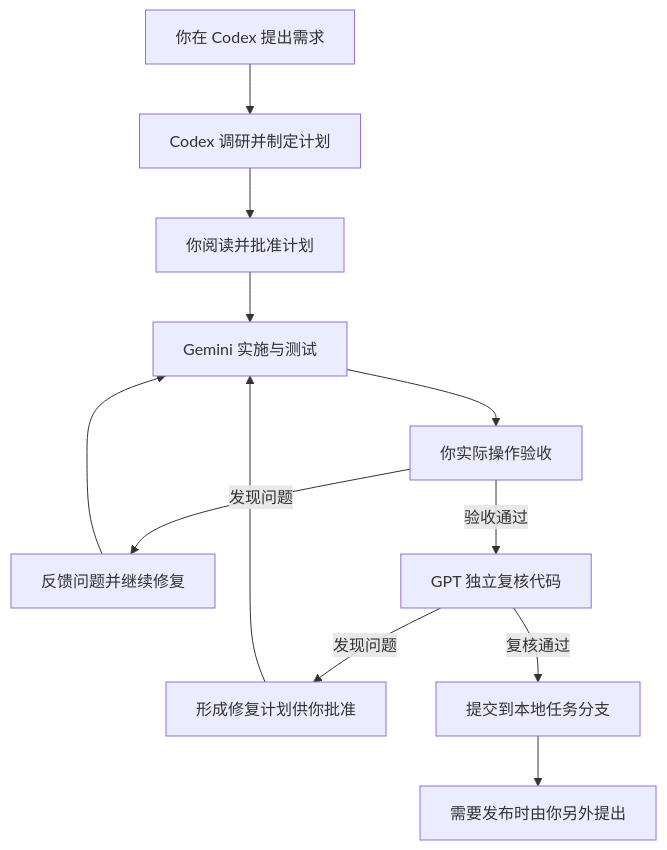
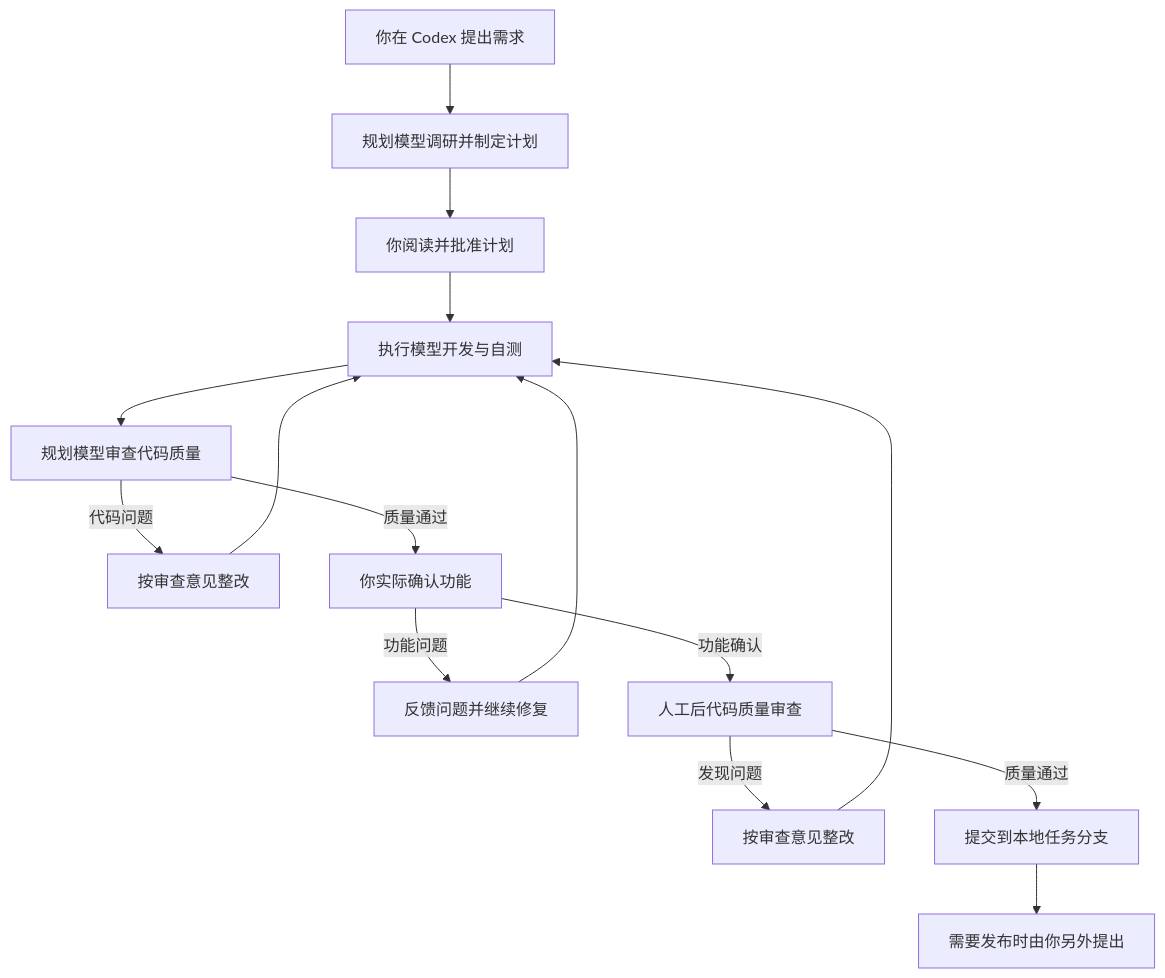
Before and after one commit to zephyrw/dev-flow: the diagram in docs/guide/使用指南.md, drawn with Mermaid. The commit also changed other lines of this file and 140 other files, not shown here.

````diff
--- a/docs/guide/使用指南.md
+++ b/docs/guide/使用指南.md
@@ -47,14 +47,17 @@
 ```mermaid
 flowchart TD
-    A[你在 Codex 提出需求] --> B[Codex 调研并制定计划]
+    A[你在 Codex 提出需求] --> B[规划模型调研并制定计划]
     B --> C[你阅读并批准计划]
-    C --> D[Gemini 实施与测试]
-    D --> E[你实际操作验收]
-    E -->|发现问题| F[反馈问题并继续修复]
+    C --> D[执行模型开发与自测]
+    D --> Q[规划模型审查代码质量]
+    Q -->|代码问题| R[按审查意见整改]
+    R --> D
+    Q -->|质量通过| E[你实际确认功能]
+    E -->|功能问题| F[反馈问题并继续修复]
     F --> D
-    E -->|验收通过| G[GPT 独立复核代码]
-    G -->|发现问题| H[形成修复计划供你批准]
+    E -->|功能确认| G[人工后代码质量审查]
+    G -->|发现问题| H[按审查意见整改]
     H --> D
-    G -->|复核通过| I[提交到本地任务分支]
+    G -->|质量通过| I[提交到本地任务分支]
     I --> J[需要发布时由你另外提出]
 ```
````
